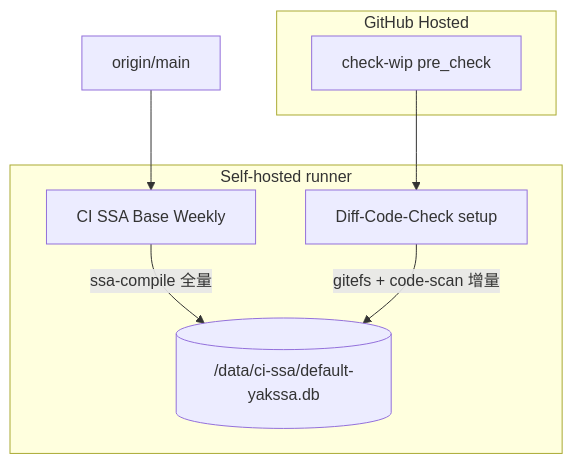
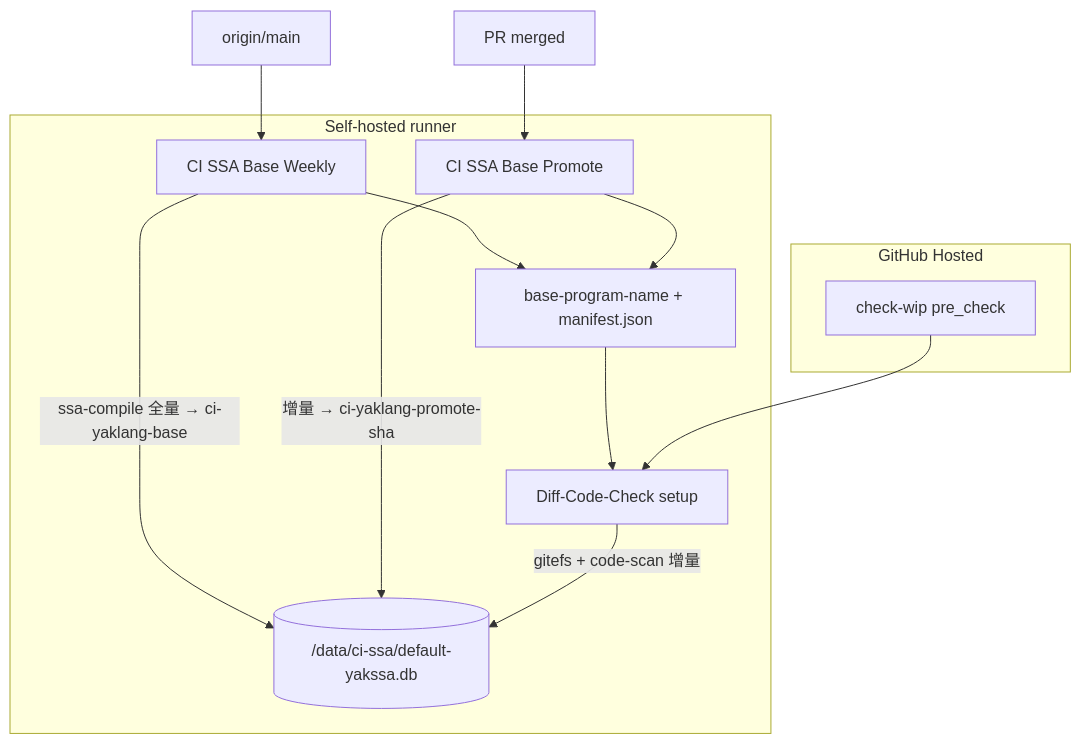
One commit to yaklang/yaklang changed the diagram in docs/ci-infra/README.md. Above: the diagram before and after it, drawn with Mermaid. The commit also changed other lines of this file and 12 other files, not shown here.

Commit message:
feat(ci): add promote workflow for incremental base updates and enhance weekly CI with cleanup scripts

````diff
--- a/docs/ci-infra/README.md
+++ b/docs/ci-infra/README.md
@@ -14,17 +15,24 @@
 ```mermaid
 flowchart TB
   subgraph hosted [GitHub Hosted]
     WIP[check-wip pre_check]
   end
 
   subgraph selfhosted [Self-hosted runner]
     DB[("/data/ci-ssa/default-yakssa.db")]
+    Ptr["base-program-name + manifest.json"]
     Weekly[CI SSA Base Weekly]
+    Promote[CI SSA Base Promote]
     PR[Diff-Code-Check setup]
-    Weekly -->|"ssa-compile 全量"| DB
+    Weekly -->|"ssa-compile 全量 → ci-yaklang-base"| DB
+    Weekly --> Ptr
+    Promote -->|"增量 → ci-yaklang-promote-sha"| DB
+    Promote --> Ptr
+    Ptr --> PR
     PR -->|"gitefs + code-scan 增量"| DB
   end
 
   WIP --> PR
   Main[origin/main] --> Weekly
+  Merge[PR merged] --> Promote
 ```
````
